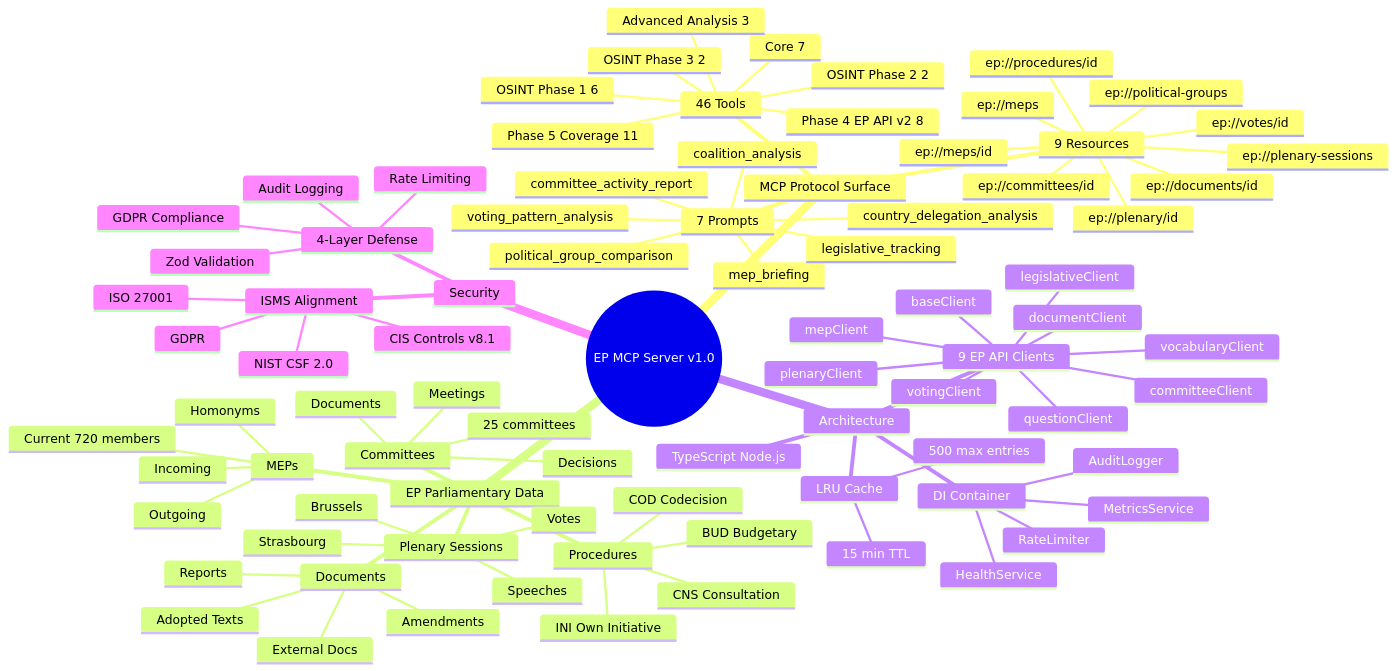
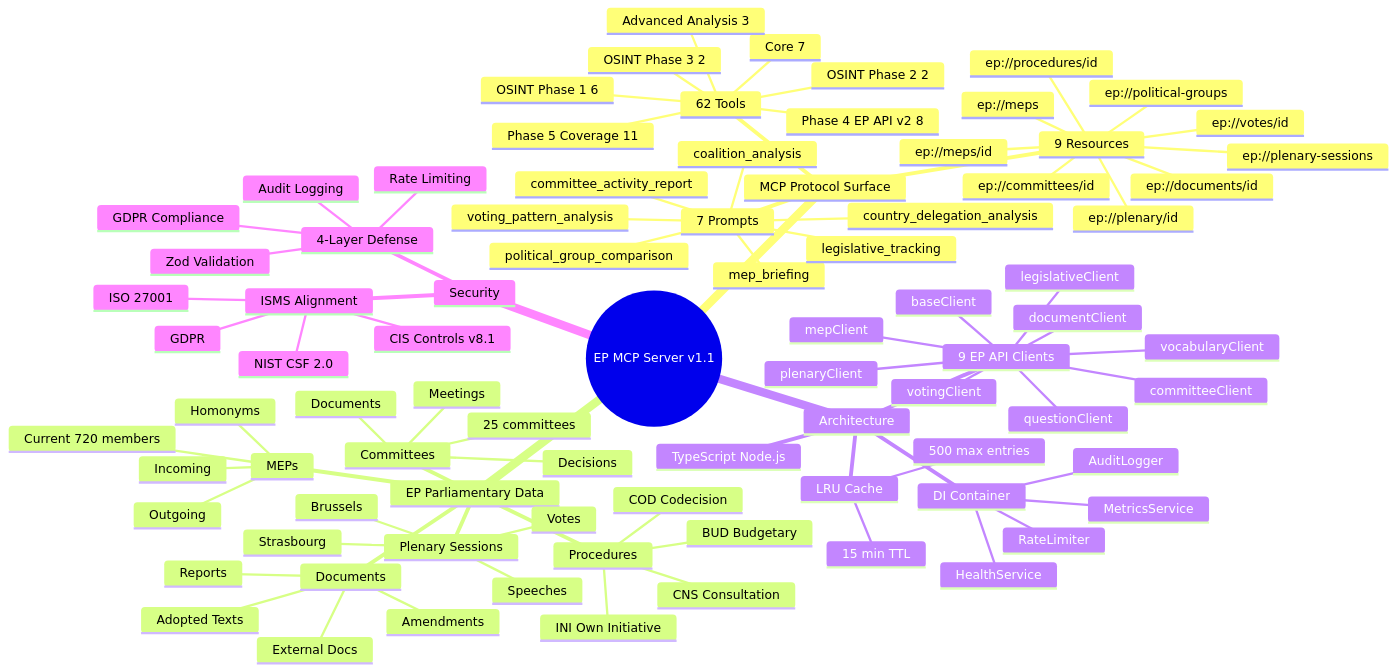
The first of 5 diagrams in MINDMAP.md (Hack23/European-Parliament-MCP-Server), drawn with Mermaid before and after one commit. The commit also changed other lines of this file and 13 other files, not shown here.

````diff
--- a/MINDMAP.md
+++ b/MINDMAP.md
@@ -53,8 +53,8 @@
 ```mermaid
 mindmap
-  root((EP MCP Server v1.0))
+  root((EP MCP Server v1.1))
     MCP Protocol Surface
-      46 Tools
+      62 Tools
         Core 7
         Advanced Analysis 3
         OSINT Phase 1 6
````
